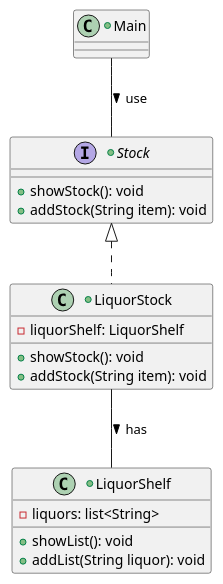
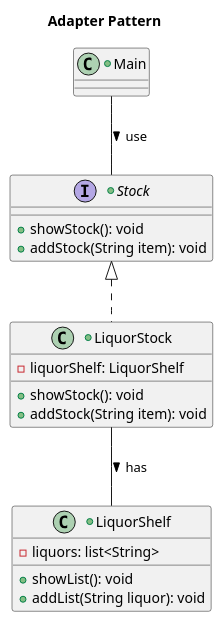
The diagram in UML/adapter.pu (Shukupon/design-patterns), drawn with PlantUML before and after one commit. The commit also changed 7 other files, not shown here.

```diff
--- a/UML/adapter.pu
+++ b/UML/adapter.pu
@@ -1,28 +1,29 @@
 @startuml
+title Adapter Pattern
 
 Main -- Stock:> use
 LiquorStock -- LiquorShelf:> has
 
 
 +class Main{
 
 }
 
 +interface Stock {
     + showStock(): void
     + addStock(String item): void
 }
 
 +class LiquorStock implements Stock {
     - liquorShelf: LiquorShelf
     + showStock(): void
     + addStock(String item): void
 }
 
 +class LiquorShelf {
     - liquors: list<String>
     + showList(): void
     + addList(String liquor): void
 }
 
 @enduml
```
